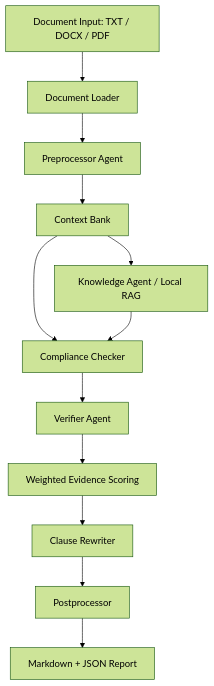
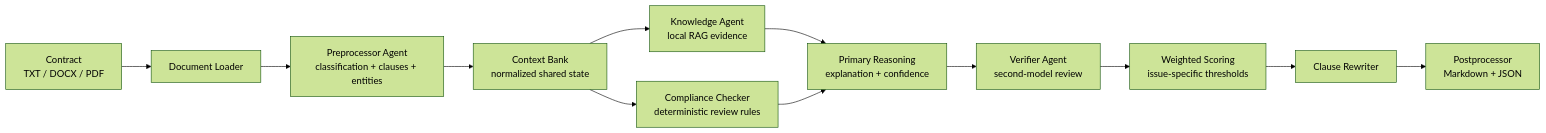
One commit to arpitJ-dev/ClauseGuard-Agent changed the diagram in README.md. Above: the diagram before and after it, drawn with Mermaid (forest theme). The commit also changed other lines of this file and 144 other files, not shown here.

Commit message:
Release ClauseGuard Agent 1.0

````diff
--- a/README.md
+++ b/README.md
@@ -44,14 +50,14 @@
 ```mermaid
-flowchart TD
-    A[Document Input: TXT / DOCX / PDF] --> B[Document Loader]
-    B --> C[Preprocessor Agent]
-    C --> D[Context Bank]
-    D --> E[Knowledge Agent / Local RAG]
-    D --> F[Compliance Checker]
-    E --> F
-    F --> G[Verifier Agent]
-    G --> H[Weighted Evidence Scoring]
-    H --> I[Clause Rewriter]
-    I --> J[Postprocessor]
-    J --> K[Markdown + JSON Report]
+flowchart LR
+    A["Contract<br/>TXT / DOCX / PDF"] --> B["Document Loader"]
+    B --> C["Preprocessor Agent<br/>classification + clauses + entities"]
+    C --> D["Context Bank<br/>normalized shared state"]
+    D --> E["Knowledge Agent<br/>local RAG evidence"]
+    D --> F["Compliance Checker<br/>deterministic review rules"]
+    E --> G["Primary Reasoning<br/>explanation + confidence"]
+    F --> G
+    G --> H["Verifier Agent<br/>second-model review"]
+    H --> I["Weighted Scoring<br/>issue-specific thresholds"]
+    I --> J["Clause Rewriter"]
+    J --> K["Postprocessor<br/>Markdown + JSON"]
 ```
````
